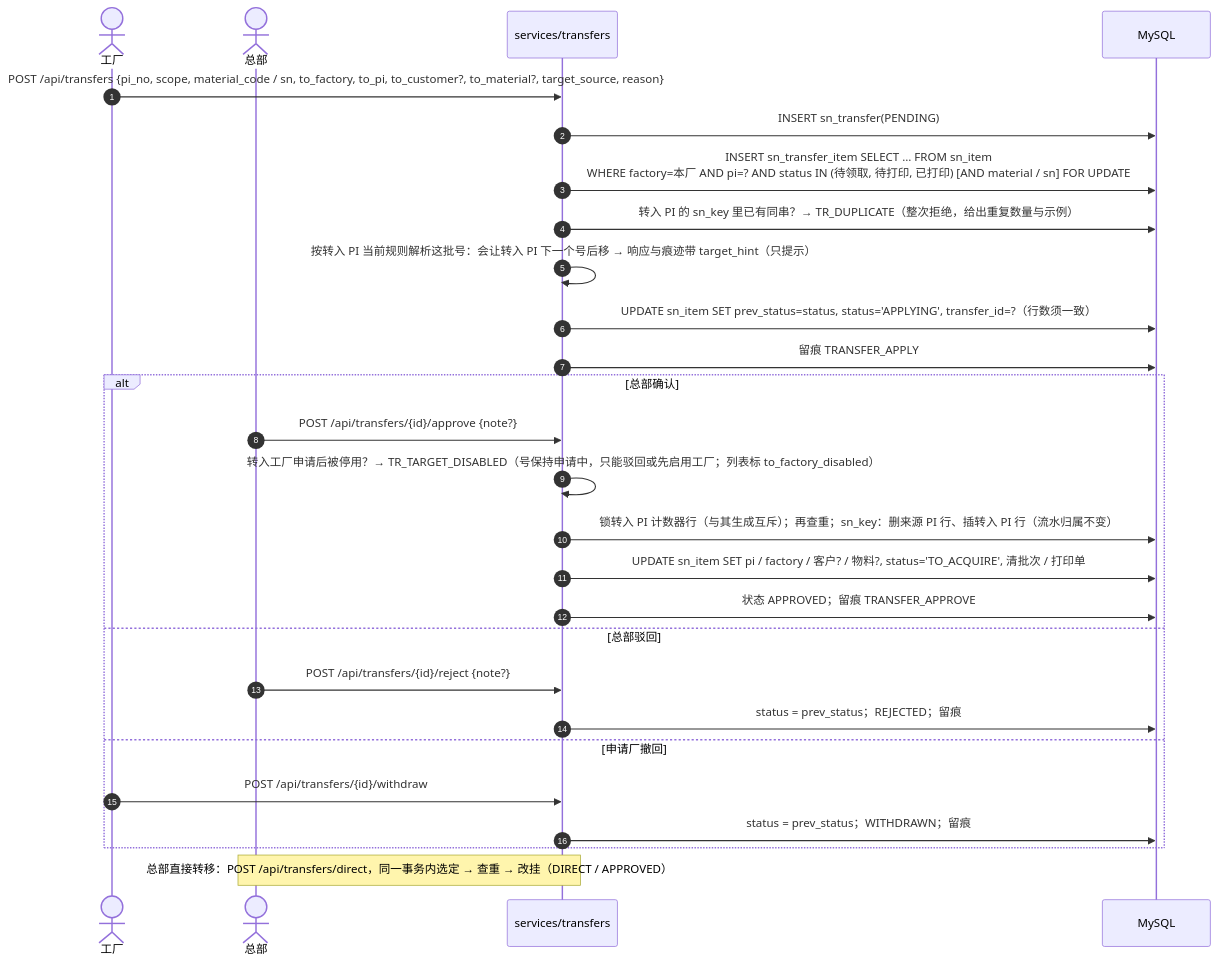
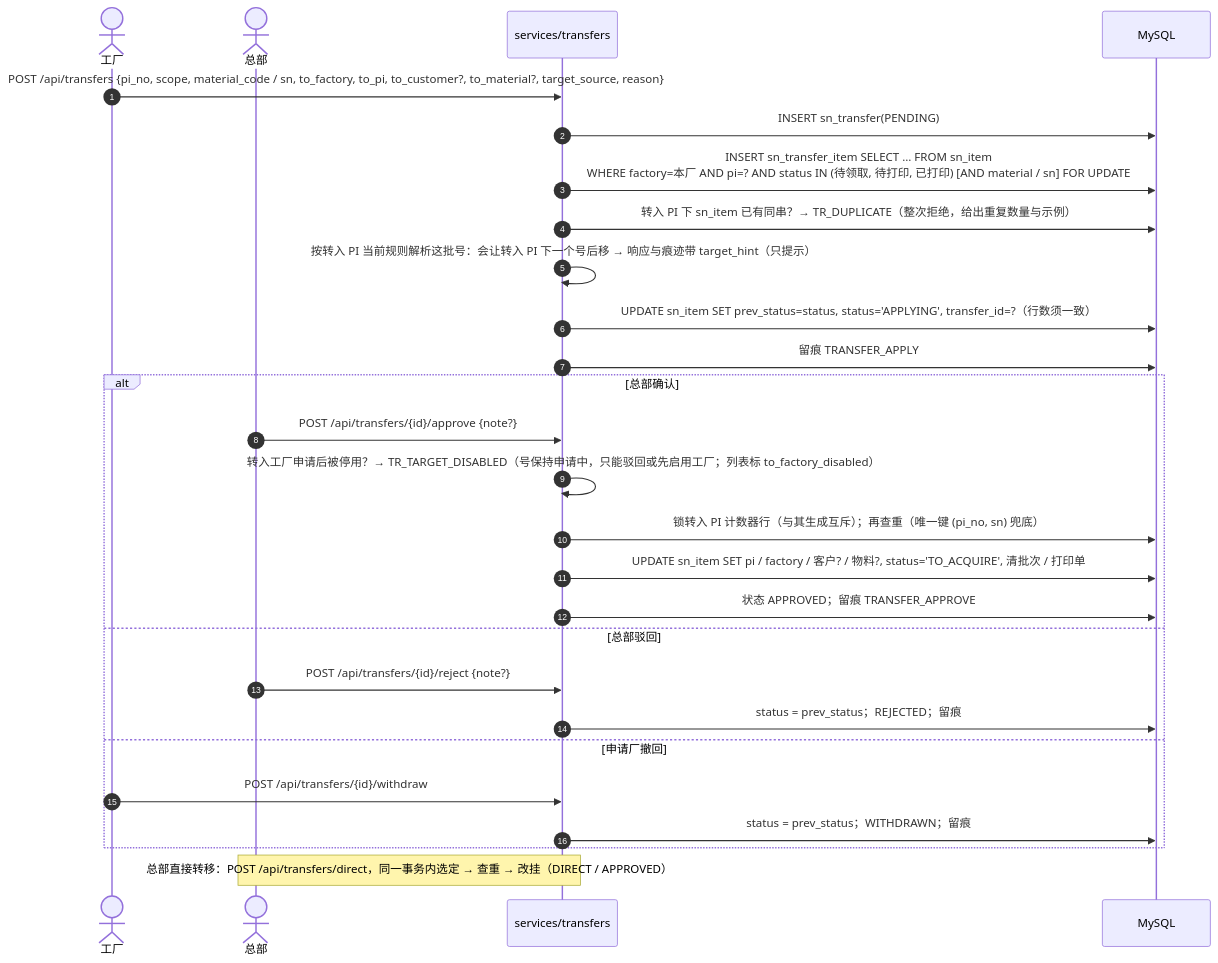
Diagram 12 of 13 in docs/技术文档.md (Createsnow/sn-center), drawn with Mermaid before and after one commit. The commit also changed other lines of this file and 15 other files, not shown here.

First line of the commit message:
sn_item 取消分区，查重唯一键并回 sn_item，删除 sn_key

````diff
--- a/docs/技术文档.md
+++ b/docs/技术文档.md
@@ -408,29 +408,29 @@
 ```mermaid
 sequenceDiagram
     autonumber
     actor F as 工厂
     actor H as 总部
     participant T as services/transfers
     participant DB as MySQL
     F->>T: POST /api/transfers {pi_no, scope, material_code / sn, to_factory, to_pi, to_customer?, to_material?, target_source, reason}
     T->>DB: INSERT sn_transfer(PENDING)
     T->>DB: INSERT sn_transfer_item SELECT … FROM sn_item<br/>WHERE factory=本厂 AND pi=? AND status IN (待领取, 待打印, 已打印) [AND material / sn] FOR UPDATE
-    T->>DB: 转入 PI 的 sn_key 里已有同串？→ TR_DUPLICATE（整次拒绝，给出重复数量与示例）
+    T->>DB: 转入 PI 下 sn_item 已有同串？→ TR_DUPLICATE（整次拒绝，给出重复数量与示例）
     T->>T: 按转入 PI 当前规则解析这批号：会让转入 PI 下一个号后移 → 响应与痕迹带 target_hint（只提示）
     T->>DB: UPDATE sn_item SET prev_status=status, status='APPLYING', transfer_id=?（行数须一致）
     T->>DB: 留痕 TRANSFER_APPLY
     alt 总部确认
         H->>T: POST /api/transfers/{id}/approve {note?}
         T->>T: 转入工厂申请后被停用？→ TR_TARGET_DISABLED（号保持申请中，只能驳回或先启用工厂；列表标 to_factory_disabled）
-        T->>DB: 锁转入 PI 计数器行（与其生成互斥）；再查重；sn_key：删来源 PI 行、插转入 PI 行（流水归属不变）
+        T->>DB: 锁转入 PI 计数器行（与其生成互斥）；再查重（唯一键 (pi_no, sn) 兜底）
         T->>DB: UPDATE sn_item SET pi / factory / 客户? / 物料?, status='TO_ACQUIRE', 清批次 / 打印单
         T->>DB: 状态 APPROVED；留痕 TRANSFER_APPROVE
     else 总部驳回
         H->>T: POST /api/transfers/{id}/reject {note?}
         T->>DB: status = prev_status；REJECTED；留痕
     else 申请厂撤回
         F->>T: POST /api/transfers/{id}/withdraw
         T->>DB: status = prev_status；WITHDRAWN；留痕
     end
     Note over H,T: 总部直接转移：POST /api/transfers/direct，同一事务内选定 → 查重 → 改挂（DIRECT / APPROVED）
 ```
````
